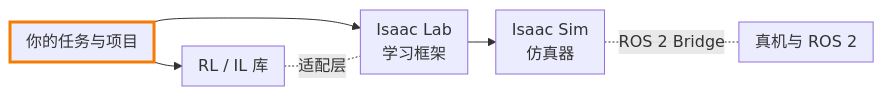
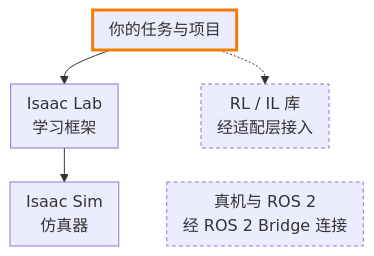
The diagram in docs/0-map/0.1-overview.md (ueasycallme/academy), drawn with Mermaid before and after one commit. The commit also changed other lines of this file and 32 other files, not shown here.

First line of the commit message:
T-0.7: 学习路线图；T-0.1b: 总图竖排

````diff
--- a/docs/0-map/0.1-overview.md
+++ b/docs/0-map/0.1-overview.md
@@ -26,17 +26,18 @@
 ```mermaid
-%%{init: {"flowchart": {"rankSpacing": 28, "nodeSpacing": 36, "padding": 8}}}%%
-flowchart LR
+%%{init: {"flowchart": {"rankSpacing": 34, "nodeSpacing": 48, "padding": 8}}}%%
+flowchart TB
     USER["你的任务与项目"]
     LAB["Isaac Lab<br/>学习框架"]
-    RL["RL / IL 库"]
+    RL["RL / IL 库<br/>经适配层接入"]
     SIM["Isaac Sim<br/>仿真器"]
-    REAL["真机与 ROS 2"]
+    REAL["真机与 ROS 2<br/>经 ROS 2 Bridge 连接"]
     USER --> LAB
-    USER --> RL
+    USER -.-> RL
     LAB --> SIM
-    RL -. 适配层 .- LAB
-    SIM -. ROS 2 Bridge .- REAL
+    RL ~~~ REAL
 
     classDef user stroke:#f57c00,stroke-width:3px
+    classDef side stroke-dasharray:4 3
     class USER user
+    class RL,REAL side
 ```
````
